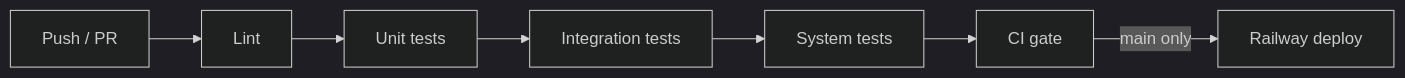
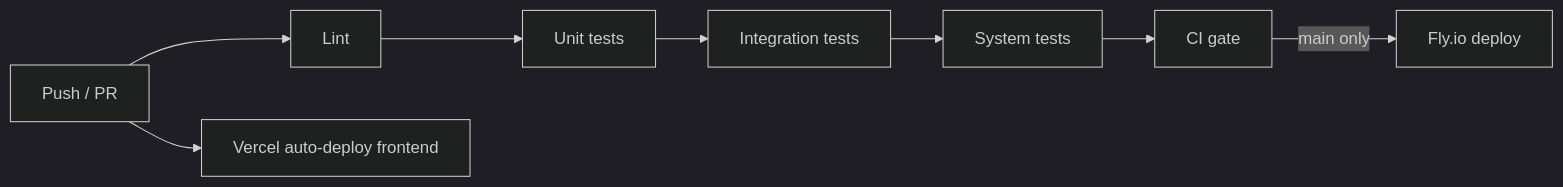
Before and after one commit to OmgItsAmmer/Sehat: the diagram in docs/ci-cd.md, drawn with Mermaid (dark theme). The commit also changed other lines of this file and 26 other files, not shown here.

````diff
--- a/docs/ci-cd.md
+++ b/docs/ci-cd.md
@@ -10,9 +10,10 @@
 ```mermaid
 flowchart LR
   push[Push / PR] --> lint[Lint]
   lint --> unit[Unit tests]
   unit --> integration[Integration tests]
   integration --> system[System tests]
   system --> gate[CI gate]
-  gate -->|main only| deploy[Railway deploy]
+  gate -->|main only| deploy[Fly.io deploy]
+  push --> vercel[Vercel auto-deploy frontend]
 ```
````
